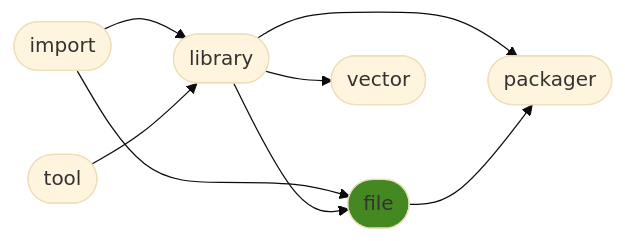
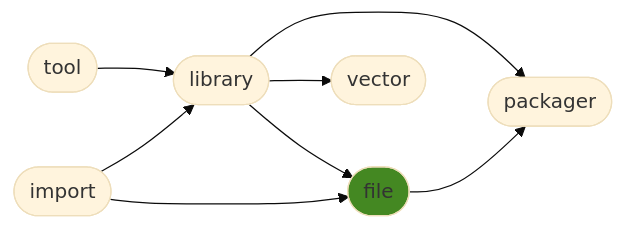
Before and after one commit to ManderaGeneral/generalfile: the diagram in README.md, drawn with Mermaid (base theme). The commit also changed other lines of this file, not shown here.

````diff
--- a/README.md
+++ b/README.md
@@ -24,17 +24,17 @@
 ```mermaid
 flowchart LR
 2([library]) --> 5([packager])
+3([file]) --> 5([packager])
+1([tool]) --> 2([library])
+0([import]) --> 2([library])
 0([import]) --> 3([file])
 2([library]) --> 4([vector])
-0([import]) --> 2([library])
-1([tool]) --> 2([library])
 2([library]) --> 3([file])
-3([file]) --> 5([packager])
 click 0 "https://github.com/ManderaGeneral/generalimport"
 click 1 "https://github.com/ManderaGeneral/generaltool"
 click 2 "https://github.com/ManderaGeneral/generallibrary"
 click 3 "https://github.com/ManderaGeneral/generalfile"
 click 4 "https://github.com/ManderaGeneral/generalvector"
 click 5 "https://github.com/ManderaGeneral/generalpackager"
 style 3 fill:#482
 ```
````
